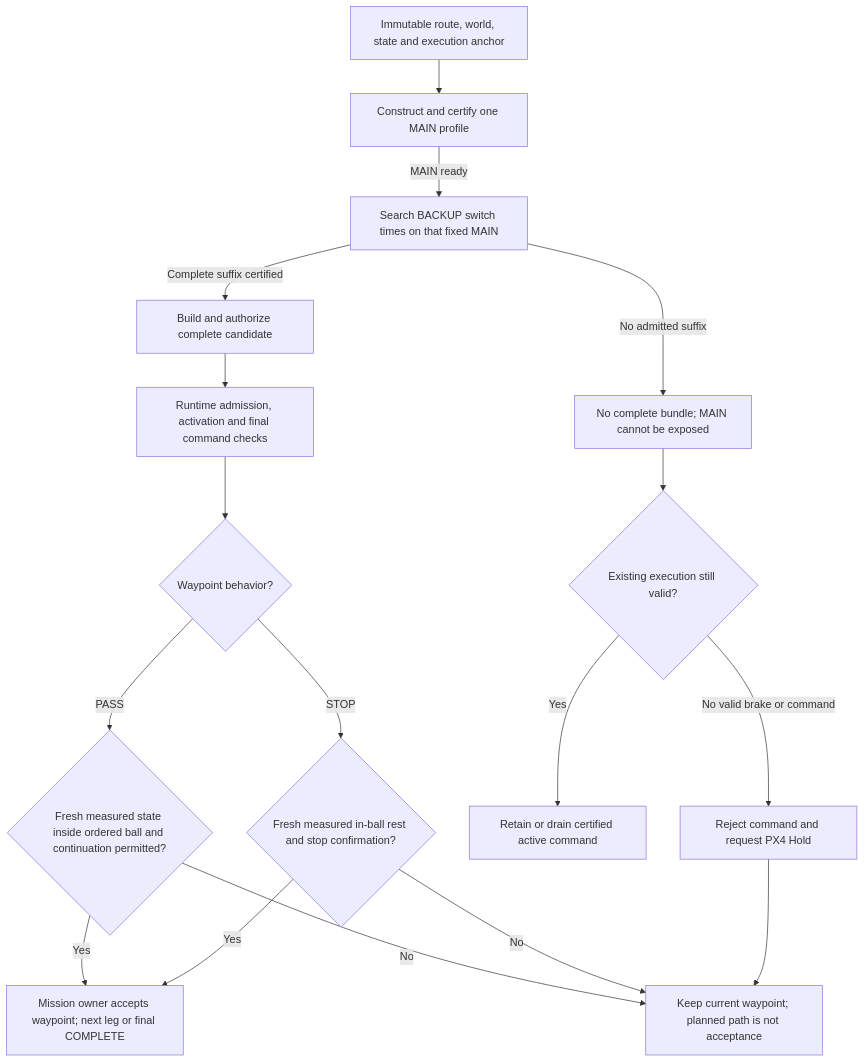
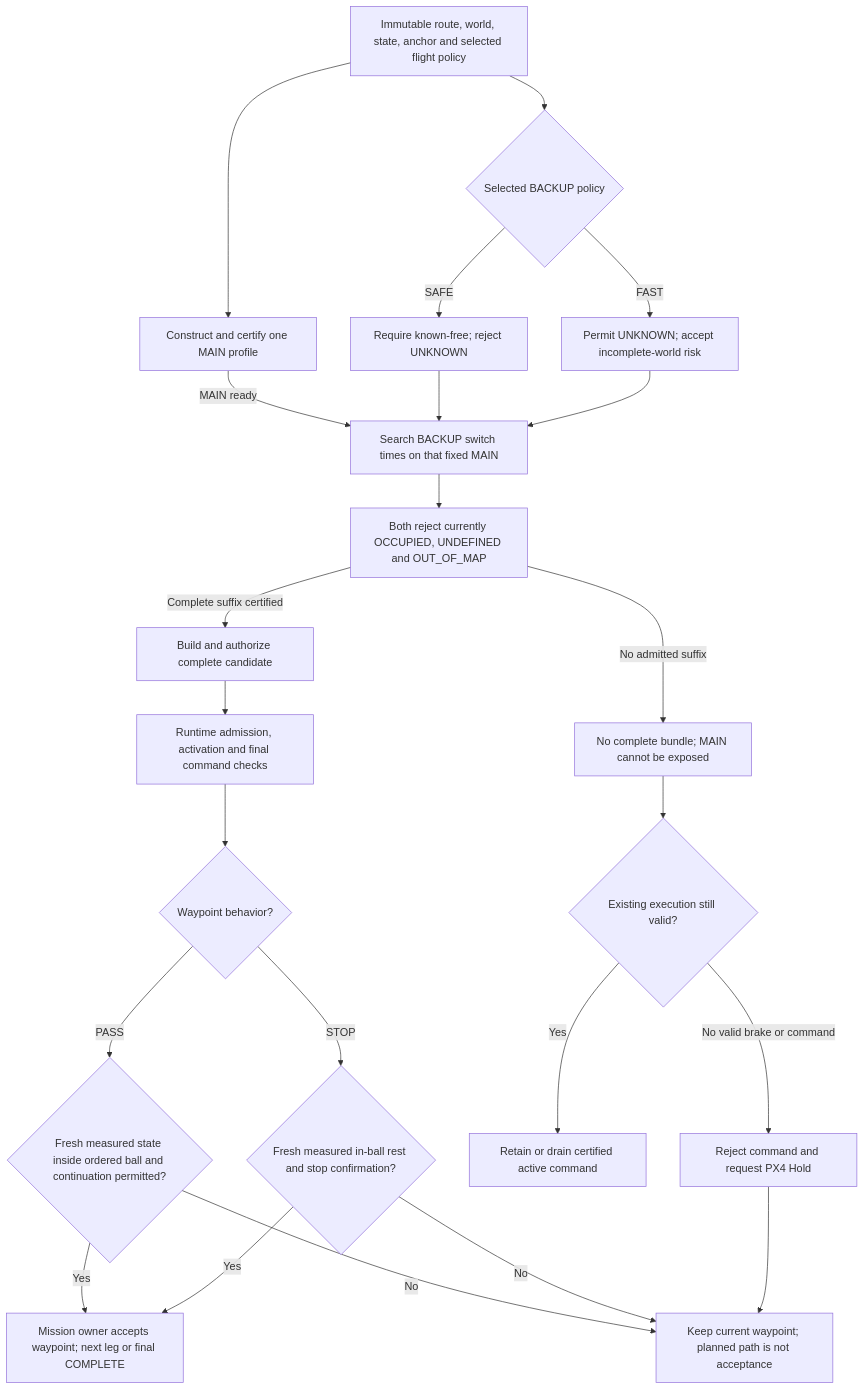
Before and after one commit to TanDatEmb/uav-navigation: the fifth of 5 diagrams in docs/reports/feasible_checkpoint_5mps_diagnostic_2026-09-17.md, drawn with Mermaid. The commit also changed other lines of this file and 7 other files, not shown here.

Commit message:
fix(planning): preserve policy-specific BACKUP failure attribution

````diff
--- a/docs/reports/feasible_checkpoint_5mps_diagnostic_2026-09-17.md
+++ b/docs/reports/feasible_checkpoint_5mps_diagnostic_2026-09-17.md
@@ -1874,19 +1877,25 @@
 ```mermaid
 flowchart TD
-    R[Immutable route, world, state and execution anchor] --> M[Construct and certify one MAIN profile]
+    R[Immutable route, world, state, anchor and selected flight policy] --> M[Construct and certify one MAIN profile]
+    R --> Q
     M -->|MAIN ready| B[Search BACKUP switch times on that fixed MAIN]
-    B -->|Complete suffix certified| C[Build and authorize complete candidate]
-    B -->|No admitted suffix| F[No complete bundle; MAIN cannot be exposed]
+    Q{Selected BACKUP policy} -->|SAFE| SF[Require known-free; reject UNKNOWN]
+    Q -->|FAST| FF[Permit UNKNOWN; accept incomplete-world risk]
+    SF --> B
+    FF --> B
+    B --> X[Both reject currently OCCUPIED, UNDEFINED and OUT_OF_MAP]
+    X -->|Complete suffix certified| C[Build and authorize complete candidate]
+    X -->|No admitted suffix| F[No complete bundle; MAIN cannot be exposed]
     C --> A[Runtime admission, activation and final command checks]
     A --> P{Waypoint behavior?}
     P -->|PASS| W{Fresh measured state inside ordered ball and continuation permitted?}
     P -->|STOP| S{Fresh measured in-ball rest and stop confirmation?}
     W -->|Yes| N[Mission owner accepts waypoint; next leg or final COMPLETE]
     W -->|No| K[Keep current waypoint; planned path is not acceptance]
     S -->|Yes| N
     S -->|No| K
     F --> V{Existing execution still valid?}
     V -->|Yes| D[Retain or drain certified active command]
     V -->|No valid brake or command| H[Reject command and request PX4 Hold]
     H --> K
 ```
````
